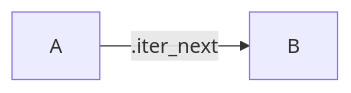
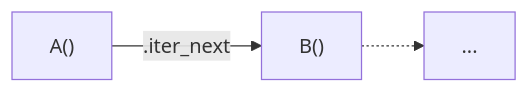
Before and after one commit to rlayers/pawpaw: the second of 11 diagrams in docs/4. Arborform.md, drawn with Mermaid. The commit also changed other lines of this file, not shown here.

Commit message:
Improved flow diagrams

````diff
--- a/docs/4. Arborform.md
+++ b/docs/4. Arborform.md
@@ -92,4 +92,5 @@
 ```mermaid
 flowchart LR
-  A -->|".iter_next"| B
+  A["A()"] -->|".iter_next"| B["B()"]
+  B -.-> C[...]
 ```
````
